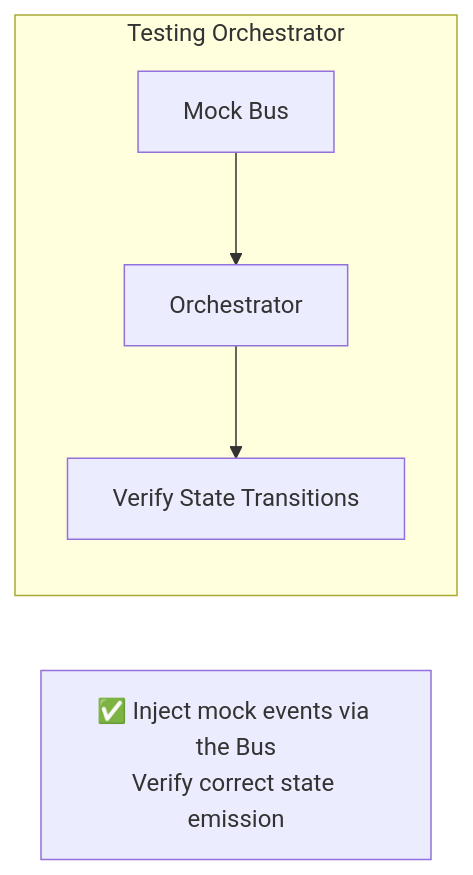
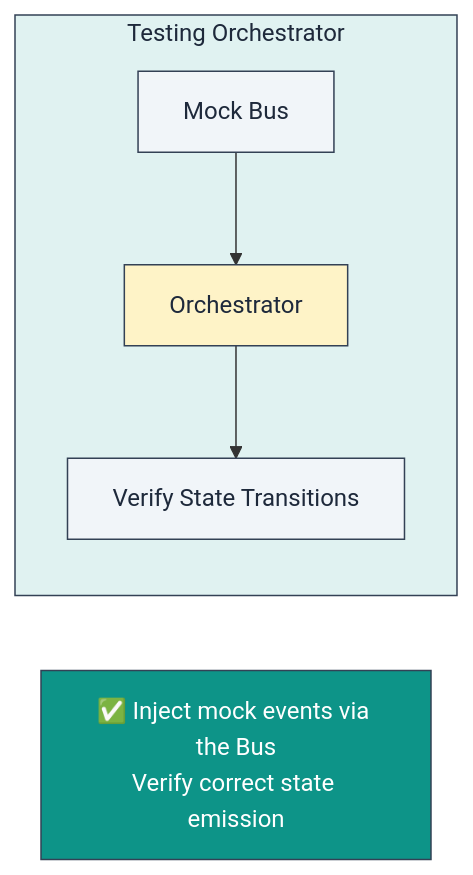
Before and after one commit to lploc94/flutter_orchestrator: the seventh of 14 diagrams in book/chapters/07_best_practices.md, drawn with Mermaid. The commit also changed other lines of this file and 4 other files, not shown here.

````diff
--- a/book/chapters/07_best_practices.md
+++ b/book/chapters/07_best_practices.md
@@ -179,13 +223,19 @@
 ```mermaid
 flowchart LR
     subgraph OrchestratorTest["Testing Orchestrator"]
         MockBus["Mock Bus"]
         Orch["Orchestrator"]
         States["Verify State Transitions"]
     end
     
     MockBus --> Orch
     Orch --> States
     
     Note["✅ Inject mock events via the Bus<br/>Verify correct state emission"]
+    
+    style OrchestratorTest fill:#e0f2f1,stroke:#334155,color:#1e293b
+    style MockBus fill:#f1f5f9,stroke:#334155,color:#1e293b
+    style Orch fill:#fef3c7,stroke:#334155,color:#1e293b
+    style States fill:#f1f5f9,stroke:#334155,color:#1e293b
+    style Note fill:#0d9488,stroke:#334155,color:#ffffff
 ```
````
